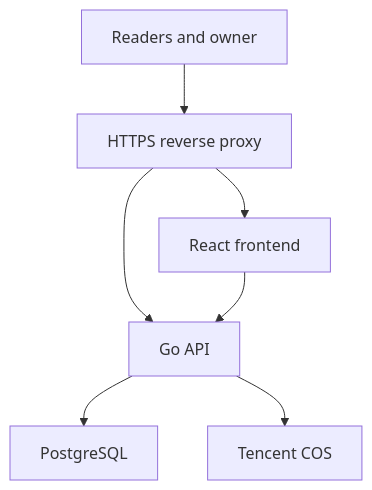
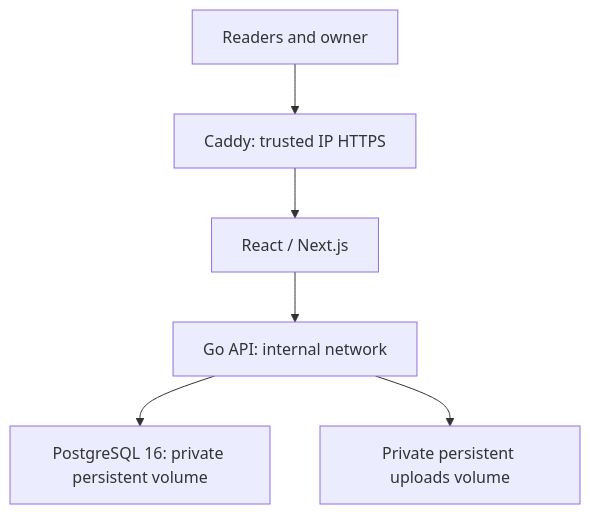
The diagram in DEVELOPMENT_PLAN.md (IiCEight/iSaber), drawn with Mermaid before and after one commit. The commit also changed other lines of this file and 23 other files, not shown here.

````diff
--- a/DEVELOPMENT_PLAN.md
+++ b/DEVELOPMENT_PLAN.md
@@ -76,9 +76,8 @@
 ```mermaid
 flowchart TD
-    Browser[Readers and owner] --> Proxy[HTTPS reverse proxy]
-    Proxy --> Frontend[React frontend]
-    Proxy --> API[Go API]
-    Frontend --> API
-    API --> Database[PostgreSQL]
-    API --> Storage[Tencent COS]
+    Browser[Readers and owner] --> Proxy[Caddy: trusted IP HTTPS]
+    Proxy --> Frontend[React / Next.js]
+    Frontend --> API[Go API: internal network]
+    API --> Database[PostgreSQL 16: private persistent volume]
+    API --> Storage[Private persistent uploads volume]
 ```
````
